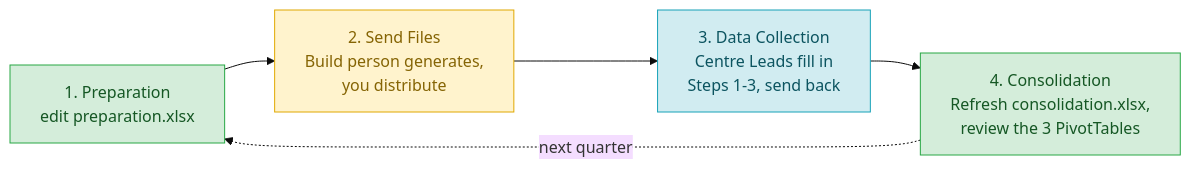
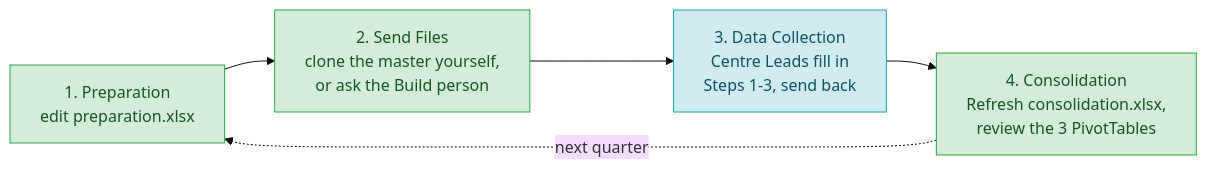
The first of 2 diagrams in docs/management-user-guide.md (Gajol/Prioritization), drawn with Mermaid (base theme) before and after one commit. The commit also changed other lines of this file, not shown here.

First line of the commit message:
Add manual clone-and-rename alternative for creating centre files

````diff
--- a/docs/management-user-guide.md
+++ b/docs/management-user-guide.md
@@ -19,11 +20,11 @@
 ```mermaid
 flowchart LR
     classDef excel fill:#d4edda,stroke:#28a745,color:#155724
     classDef build fill:#fff3cd,stroke:#e0a800,color:#856404
     classDef lead fill:#d1ecf1,stroke:#17a2b8,color:#0c5460
 
-    A["1. Preparation<br/>edit preparation.xlsx"]:::excel --> B["2. Send Files<br/>Build person generates,<br/>you distribute"]:::build
+    A["1. Preparation<br/>edit preparation.xlsx"]:::excel --> B["2. Send Files<br/>clone the master yourself,<br/>or ask the Build person"]:::excel
     B --> C["3. Data Collection<br/>Centre Leads fill in<br/>Steps 1-3, send back"]:::lead
     C --> D["4. Consolidation<br/>Refresh consolidation.xlsx,<br/>review the 3 PivotTables"]:::excel
     D -. next quarter .-> A
 ```
````
